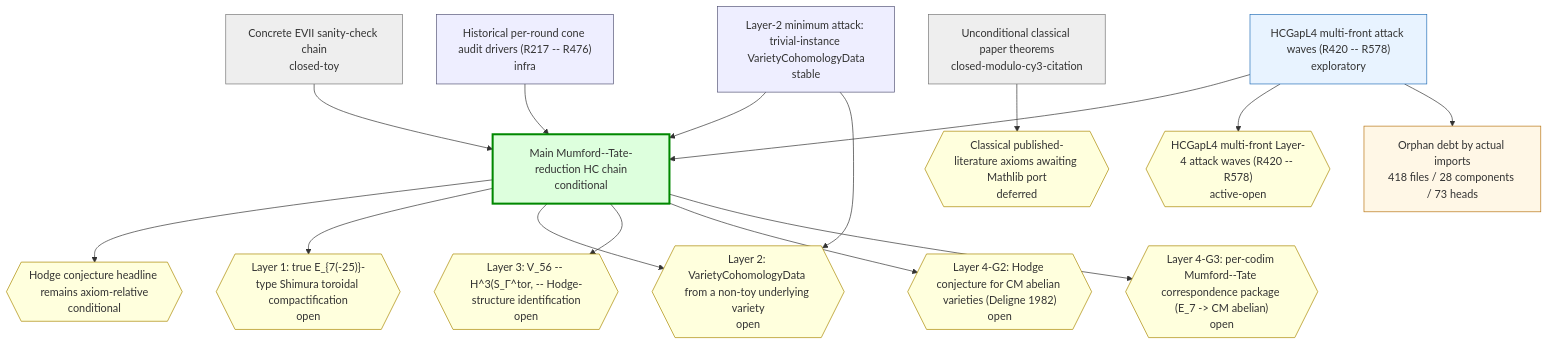
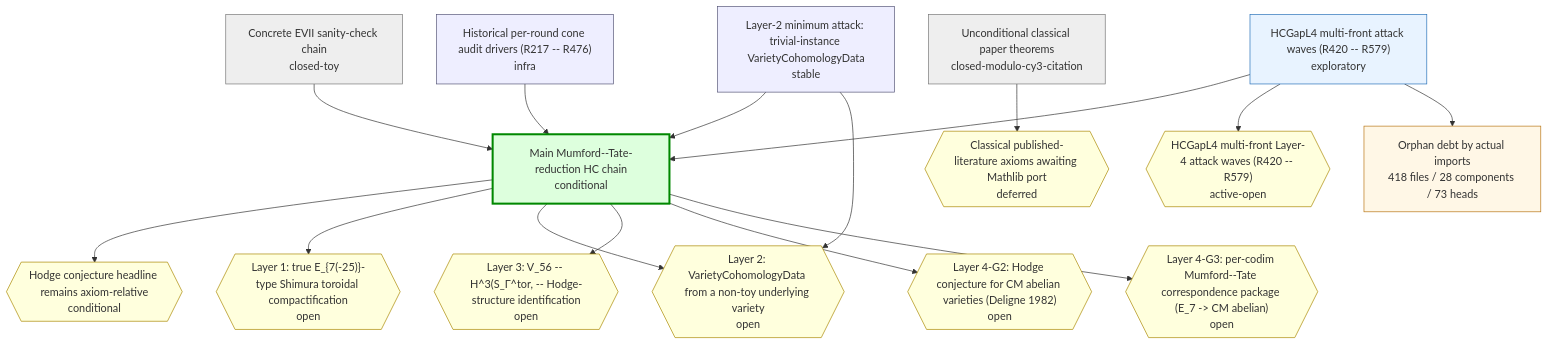
One commit to crabsatellite/hodge-conjecture-lean4-formalization changed the first of 2 diagrams in chain-status/research-map.md. Above: the diagram before and after it, drawn with Mermaid. The commit also changed other lines of this file and 7 other files, not shown here.

````diff
--- a/chain-status/research-map.md
+++ b/chain-status/research-map.md
@@ -45,44 +45,44 @@
 ```mermaid
 graph TD
   classDef main fill:#dfd,stroke:#080,stroke-width:3px
   classDef active fill:#e8f3ff,stroke:#2670b8
   classDef support fill:#eef,stroke:#557
   classDef closed fill:#eee,stroke:#777
   classDef dead fill:#fdd,stroke:#a00,stroke-width:2px
   classDef gapOpen fill:#ffd,stroke:#a80
   classDef gapClosed fill:#eee,stroke:#777
   classDef gapDead fill:#fdd,stroke:#a00
   classDef debt fill:#fff7e6,stroke:#b87514
   classDef debtTaxonomy fill:#e8f3ff,stroke:#2670b8,stroke-dasharray:3 3
   classDef debtRule fill:#eefbea,stroke:#398439,stroke-dasharray:3 3
   classDef debtDead fill:#fdd,stroke:#a00,stroke-dasharray:3 3
   chain_main_hc_axiom_relative["Main Mumford--Tate-reduction HC chain\nconditional"]:::main
   chain_unconditional_classical["Unconditional classical paper theorems\nclosed-modulo-cy3-citation"]:::closed
   chain_hcgap_l2_trivial_instances["Layer-2 minimum attack: trivial-instance VarietyCohomologyData\nstable"]:::support
-  chain_hcgap_l4_multifront_active["HCGapL4 multi-front attack waves (R420 -- R578)\nexploratory"]:::active
+  chain_hcgap_l4_multifront_active["HCGapL4 multi-front attack waves (R420 -- R579)\nexploratory"]:::active
   chain_concrete_evii_toy["Concrete EVII sanity-check chain\nclosed-toy"]:::closed
   chain_historical_cone_audits["Historical per-round cone audit drivers (R217 -- R476)\ninfra"]:::support
   gap_G_main_hc{{"Hodge conjecture headline remains axiom-relative\nconditional"}}:::gapOpen
   gap_G_l1_e7_shimura_tor{{"Layer 1: true E_{7(-25)}-type Shimura toroidal compactification\nopen"}}:::gapOpen
   gap_G_l2_cohomology_construction{{"Layer 2: VarietyCohomologyData from a non-toy underlying variety\nopen"}}:::gapOpen
   gap_G_l3_v56_mt_identification{{"Layer 3: V_56 -- H^3(S_Γ^tor, -- Hodge-structure identification\nopen"}}:::gapOpen
   gap_G_l4_cm_abelian_hc{{"Layer 4-G2: Hodge conjecture for CM abelian varieties (Deligne 1982)\nopen"}}:::gapOpen
   gap_G_l4_mt_correspondence{{"Layer 4-G3: per-codim Mumford--Tate correspondence package (E_7 -> CM abelian)\nopen"}}:::gapOpen
   gap_G_classical_mathlib_port{{"Classical published-literature axioms awaiting Mathlib port\ndeferred"}}:::gapOpen
-  gap_G_hcgap_l4_multifront{{"HCGapL4 multi-front Layer-4 attack waves (R420 -- R578)\nactive-open"}}:::gapOpen
+  gap_G_hcgap_l4_multifront{{"HCGapL4 multi-front Layer-4 attack waves (R420 -- R579)\nactive-open"}}:::gapOpen
   chain_main_hc_axiom_relative --> gap_G_main_hc
   chain_main_hc_axiom_relative --> gap_G_l1_e7_shimura_tor
   chain_main_hc_axiom_relative --> gap_G_l2_cohomology_construction
   chain_main_hc_axiom_relative --> gap_G_l3_v56_mt_identification
   chain_main_hc_axiom_relative --> gap_G_l4_cm_abelian_hc
   chain_main_hc_axiom_relative --> gap_G_l4_mt_correspondence
   chain_unconditional_classical --> gap_G_classical_mathlib_port
   chain_hcgap_l2_trivial_instances --> chain_main_hc_axiom_relative
   chain_hcgap_l2_trivial_instances --> gap_G_l2_cohomology_construction
   chain_hcgap_l4_multifront_active --> chain_main_hc_axiom_relative
   chain_hcgap_l4_multifront_active --> gap_G_hcgap_l4_multifront
   chain_concrete_evii_toy --> chain_main_hc_axiom_relative
   chain_historical_cone_audits --> chain_main_hc_axiom_relative
   debt_all["Orphan debt by actual imports\n418 files / 28 components / 73 heads"]:::debt
   chain_hcgap_l4_multifront_active --> debt_all
 ```
````
